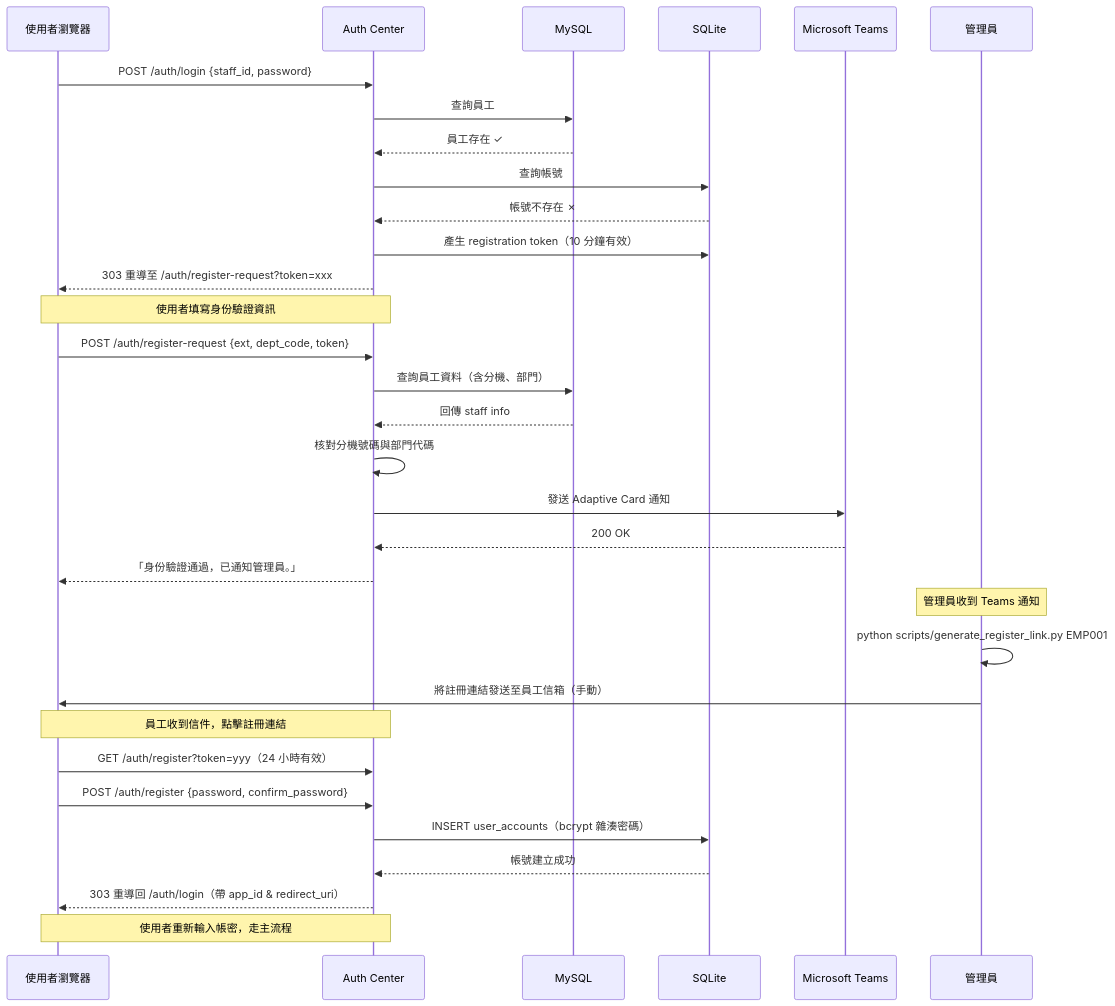
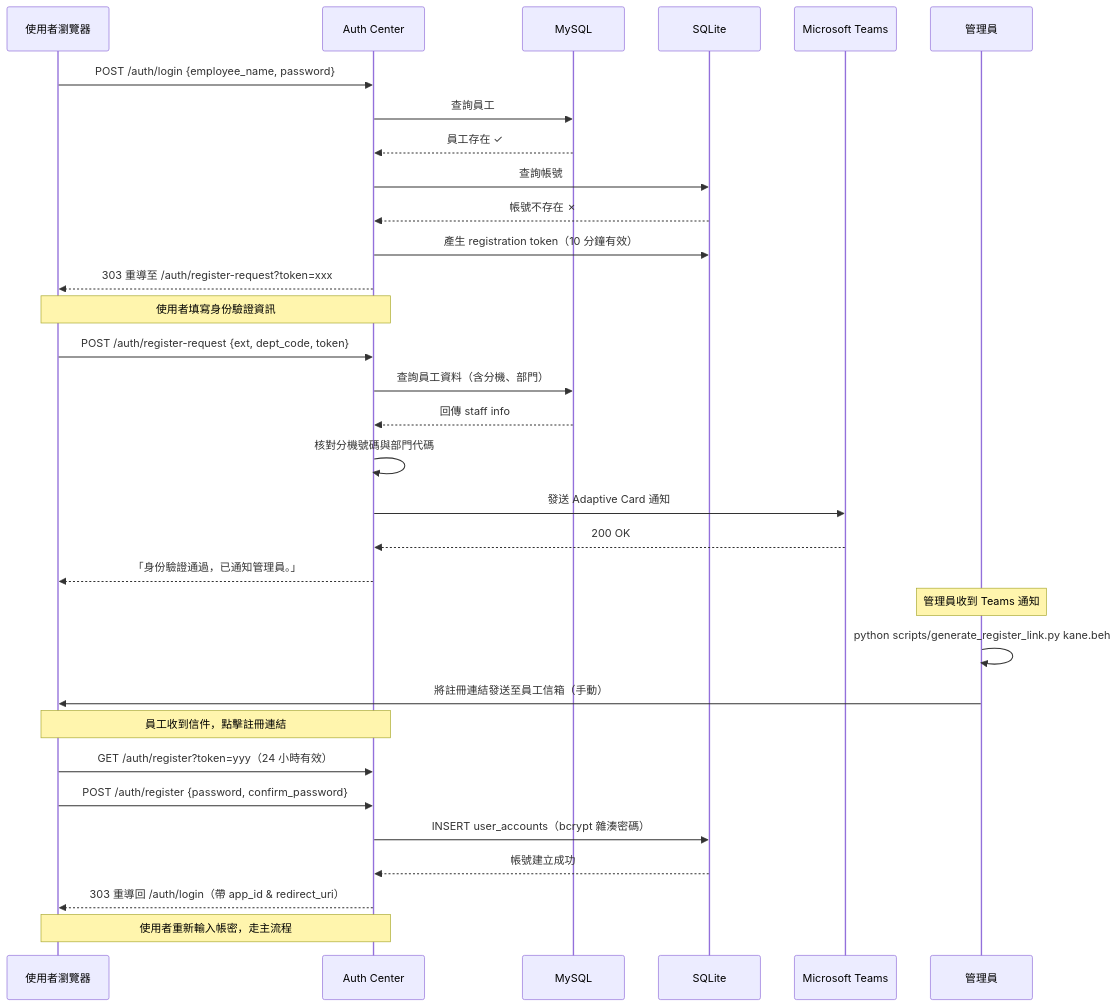
One commit to bwinken/authcenter changed the second of 8 diagrams in README.md. Above: the diagram before and after it, drawn with Mermaid. The commit also changed other lines of this file and 14 other files, not shown here.

First line of the commit message:
refactor: rename staff_id to employee_name with lowercase normalization

````diff
--- a/README.md
+++ b/README.md
@@ -138,40 +138,40 @@
 ```mermaid
 sequenceDiagram
     participant U as 使用者瀏覽器
     participant C as Auth Center
     participant M as MySQL
     participant S as SQLite
     participant T as Microsoft Teams
     participant A as 管理員
 
-    U->>C: POST /auth/login {staff_id, password}
+    U->>C: POST /auth/login {employee_name, password}
     C->>M: 查詢員工
     M-->>C: 員工存在 ✓
     C->>S: 查詢帳號
     S-->>C: 帳號不存在 ✗
 
     C->>S: 產生 registration token（10 分鐘有效）
     C-->>U: 303 重導至 /auth/register-request?token=xxx
 
     Note over U,C: 使用者填寫身份驗證資訊
     U->>C: POST /auth/register-request {ext, dept_code, token}
     C->>M: 查詢員工資料（含分機、部門）
     M-->>C: 回傳 staff info
     C->>C: 核對分機號碼與部門代碼
     C->>T: 發送 Adaptive Card 通知
     T-->>C: 200 OK
     C-->>U: 「身份驗證通過，已通知管理員。」
 
     Note over A: 管理員收到 Teams 通知
-    A->>A: python scripts/generate_register_link.py EMP001
+    A->>A: python scripts/generate_register_link.py kane.beh
     A->>U: 將註冊連結發送至員工信箱（手動）
 
     Note over U,C: 員工收到信件，點擊註冊連結
     U->>C: GET /auth/register?token=yyy（24 小時有效）
     U->>C: POST /auth/register {password, confirm_password}
     C->>S: INSERT user_accounts（bcrypt 雜湊密碼）
     S-->>C: 帳號建立成功
 
     C-->>U: 303 重導回 /auth/login（帶 app_id & redirect_uri）
     Note over U,C: 使用者重新輸入帳密，走主流程
 ```
````
